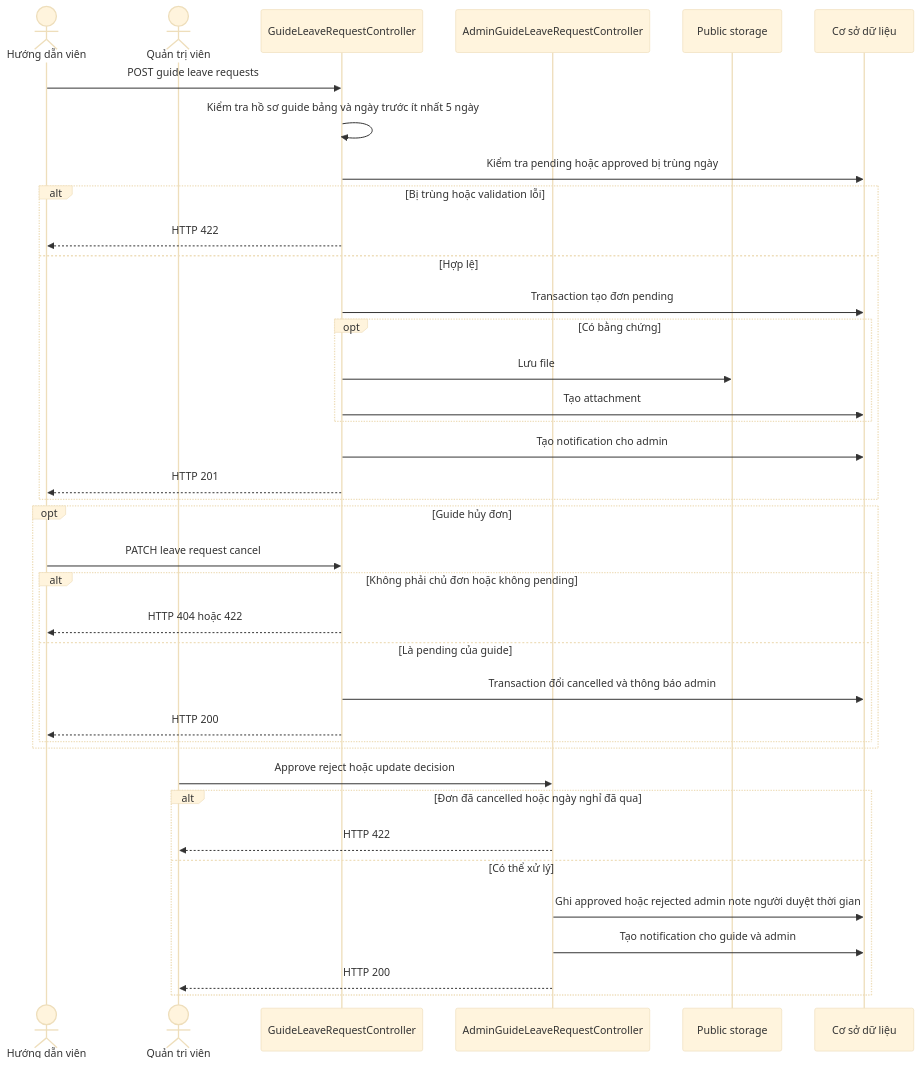
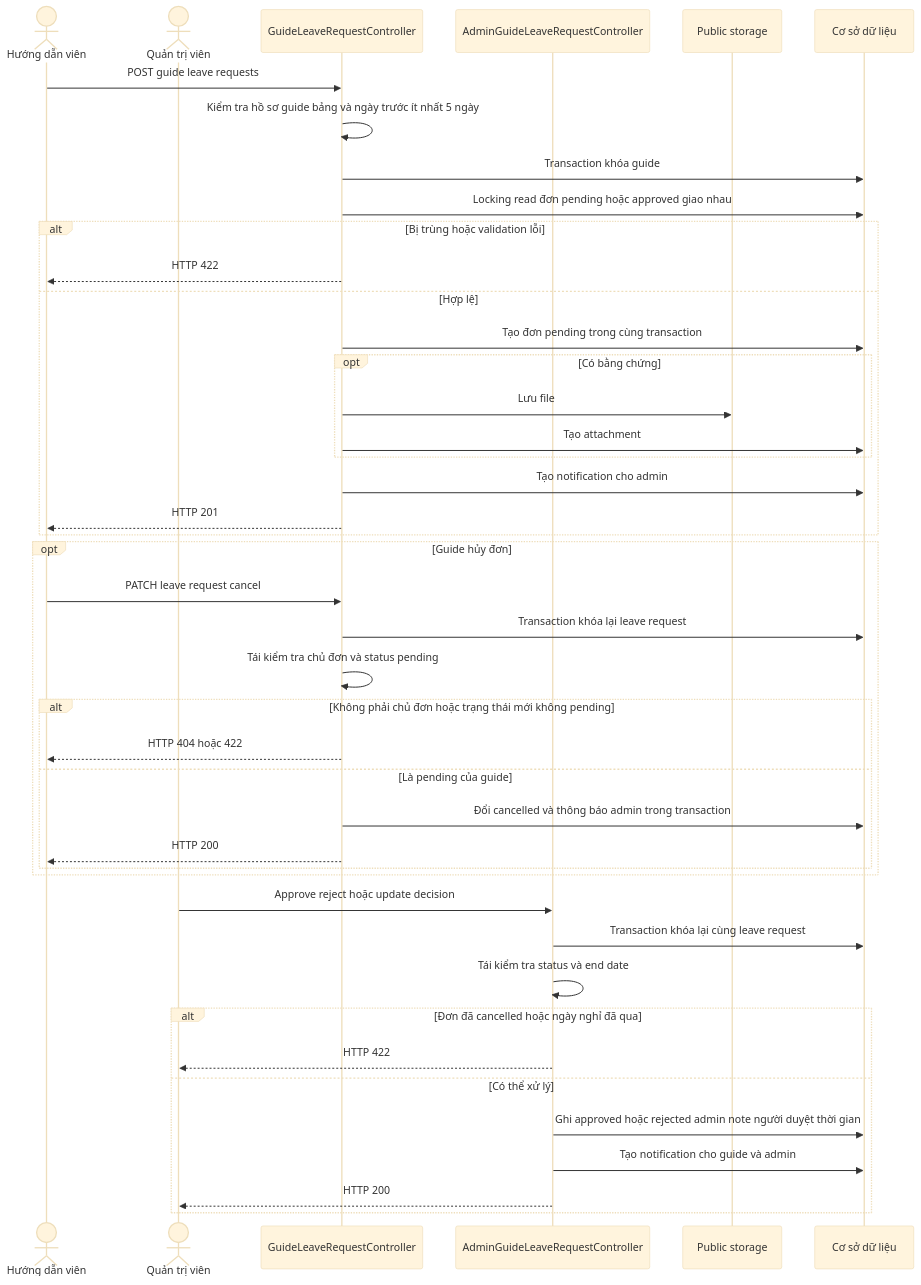
Before and after one commit to phamhoaithu2006/DATN_WD-01: diagram 21 of 39 in docs/reverse-engineering/06-process-and-state-diagrams.md, drawn with Mermaid (base theme). The commit also changed other lines of this file and 53 other files, not shown here.

````diff
--- a/docs/reverse-engineering/06-process-and-state-diagrams.md
+++ b/docs/reverse-engineering/06-process-and-state-diagrams.md
@@ -708,43 +839,48 @@
 ```mermaid
 sequenceDiagram
     actor Guide as Hướng dẫn viên
     actor Admin as Quản trị viên
     participant GuideAPI as GuideLeaveRequestController
     participant AdminAPI as AdminGuideLeaveRequestController
     participant Storage as Public storage
     participant DB as Cơ sở dữ liệu
 
     Guide->>GuideAPI: POST guide leave requests
     GuideAPI->>GuideAPI: Kiểm tra hồ sơ guide bảng và ngày trước ít nhất 5 ngày
-    GuideAPI->>DB: Kiểm tra pending hoặc approved bị trùng ngày
+    GuideAPI->>DB: Transaction khóa guide
+    GuideAPI->>DB: Locking read đơn pending hoặc approved giao nhau
     alt Bị trùng hoặc validation lỗi
         GuideAPI-->>Guide: HTTP 422
     else Hợp lệ
-        GuideAPI->>DB: Transaction tạo đơn pending
+        GuideAPI->>DB: Tạo đơn pending trong cùng transaction
         opt Có bằng chứng
             GuideAPI->>Storage: Lưu file
             GuideAPI->>DB: Tạo attachment
         end
         GuideAPI->>DB: Tạo notification cho admin
         GuideAPI-->>Guide: HTTP 201
     end
 
     opt Guide hủy đơn
         Guide->>GuideAPI: PATCH leave request cancel
-        alt Không phải chủ đơn hoặc không pending
+        GuideAPI->>DB: Transaction khóa lại leave request
+        GuideAPI->>GuideAPI: Tái kiểm tra chủ đơn và status pending
+        alt Không phải chủ đơn hoặc trạng thái mới không pending
             GuideAPI-->>Guide: HTTP 404 hoặc 422
         else Là pending của guide
-            GuideAPI->>DB: Transaction đổi cancelled và thông báo admin
+            GuideAPI->>DB: Đổi cancelled và thông báo admin trong transaction
             GuideAPI-->>Guide: HTTP 200
         end
     end
 
     Admin->>AdminAPI: Approve reject hoặc update decision
+    AdminAPI->>DB: Transaction khóa lại cùng leave request
+    AdminAPI->>AdminAPI: Tái kiểm tra status và end date
     alt Đơn đã cancelled hoặc ngày nghỉ đã qua
         AdminAPI-->>Admin: HTTP 422
     else Có thể xử lý
         AdminAPI->>DB: Ghi approved hoặc rejected admin note người duyệt thời gian
         AdminAPI->>DB: Tạo notification cho guide và admin
         AdminAPI-->>Admin: HTTP 200
     end
 ```
````
